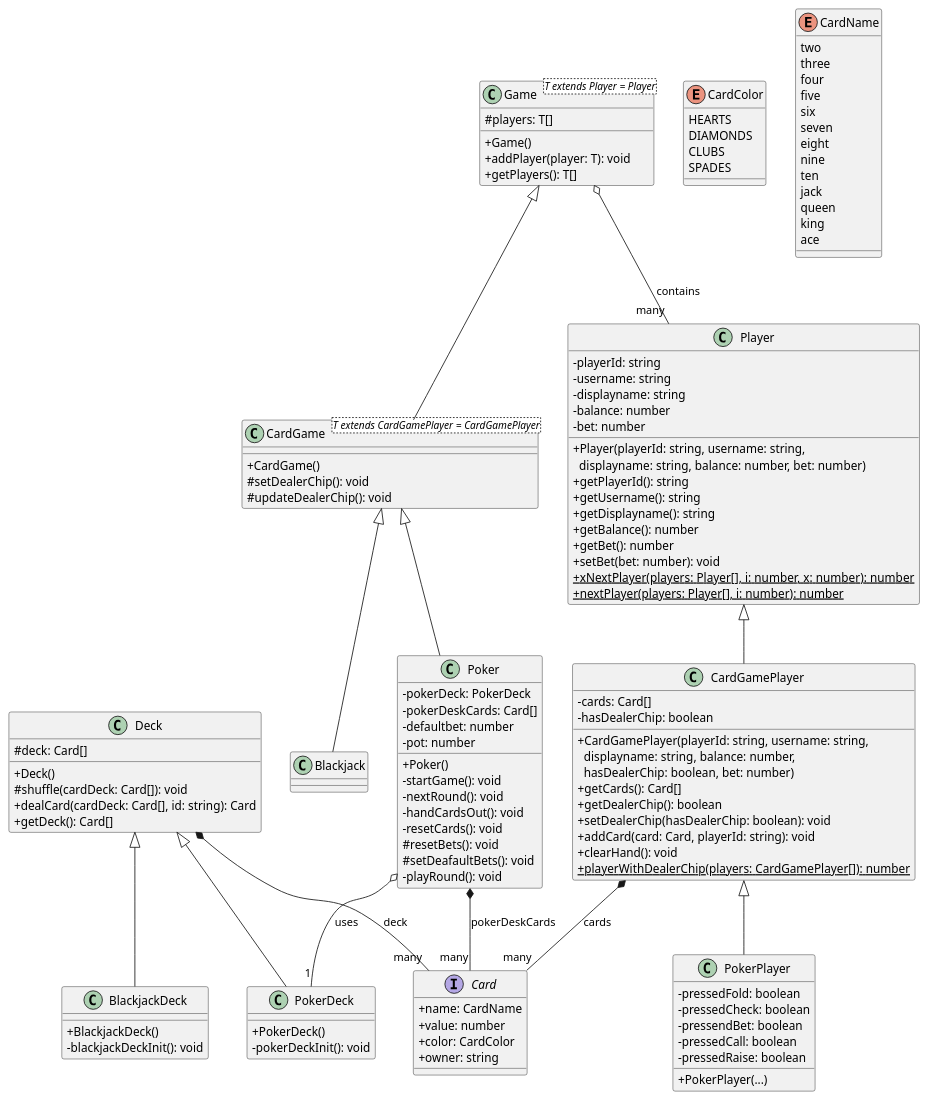
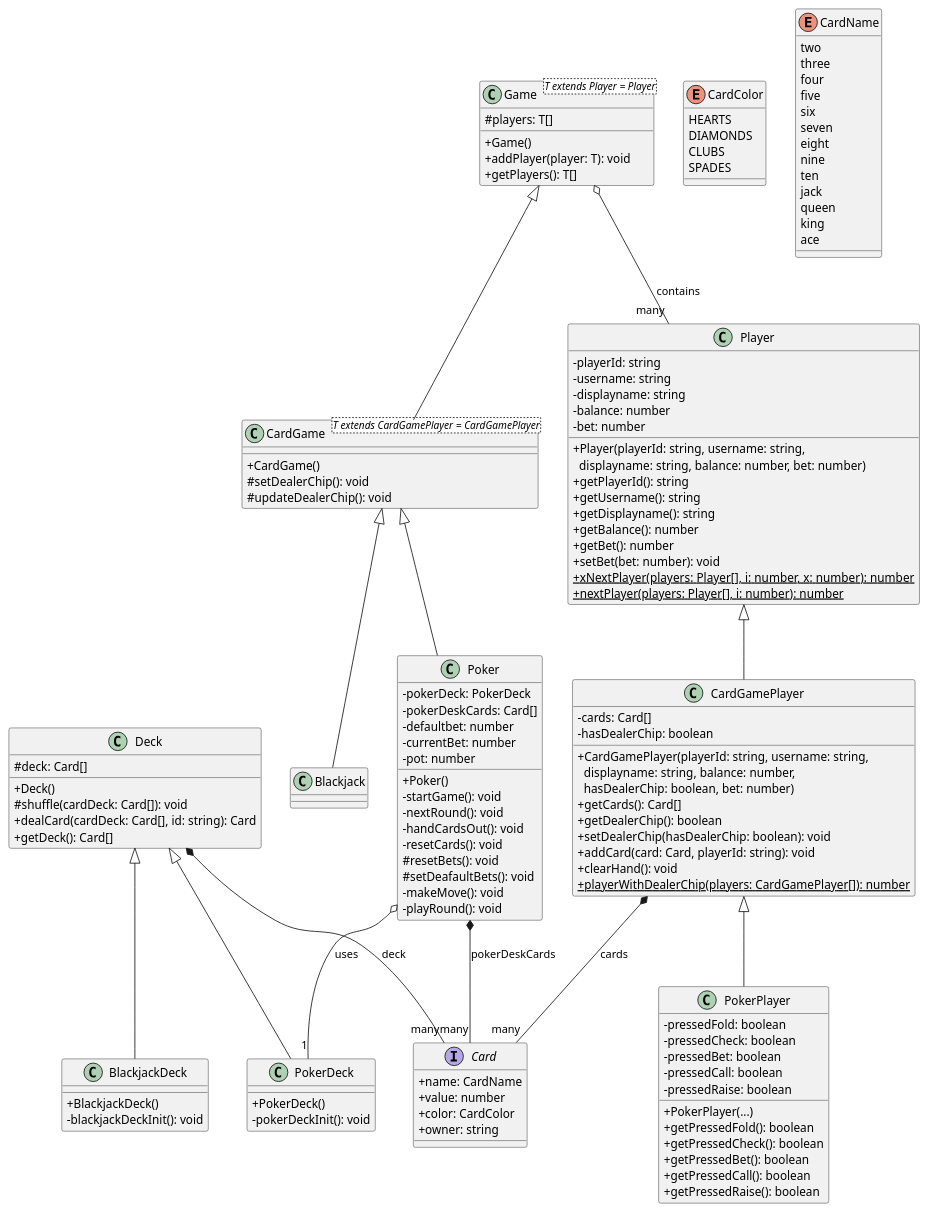
Before and after one commit to FelixZannantoni/OnlineCasino: the diagram in backend/src/gameLogic/gameLogic.puml, drawn with PlantUML. The commit also changed 6 other files, not shown here.

```diff
--- a/backend/src/gameLogic/gameLogic.puml
+++ b/backend/src/gameLogic/gameLogic.puml
@@ -1,137 +1,144 @@
 @startuml
 skinparam classAttributeIconSize 0
 
 interface Card {
   +name: CardName
   +value: number
   +color: CardColor
   +owner: string
 }
 
 enum CardColor {
   HEARTS
   DIAMONDS
   CLUBS
   SPADES
 }
 
 enum CardName {
   two
   three
   four
   five
   six
   seven
   eight
   nine
   ten
   jack
   queen
   king
   ace
 }
 
 class Game<T extends Player = Player> {
   #players: T[]
   +Game()
   +addPlayer(player: T): void
   +getPlayers(): T[]
 }
 
 class CardGame<T extends CardGamePlayer = CardGamePlayer> {
   +CardGame()
   #setDealerChip(): void
   #updateDealerChip(): void
 }
 
 class Poker {
   -pokerDeck: PokerDeck
   -pokerDeskCards: Card[]
   -defaultbet: number
+  -currentBet: number
   -pot: number
   +Poker()
   -startGame(): void
   -nextRound(): void
   -handCardsOut(): void
   -resetCards(): void
   #resetBets(): void
   #setDeafaultBets(): void
+  -makeMove(): void
   -playRound(): void
 }
 
 class Blackjack {
 }
 
 class Player {
   -playerId: string
   -username: string
   -displayname: string
   -balance: number
   -bet: number
   +Player(playerId: string, username: string, \n  displayname: string, balance: number, bet: number)
   +getPlayerId(): string
   +getUsername(): string
   +getDisplayname(): string
   +getBalance(): number
   +getBet(): number
   +setBet(bet: number): void
   {static} +xNextPlayer(players: Player[], i: number, x: number): number
   {static} +nextPlayer(players: Player[], i: number): number
 }
 
 class CardGamePlayer {
   -cards: Card[]
   -hasDealerChip: boolean
   +CardGamePlayer(playerId: string, username: string, \n  displayname: string, balance: number, \n  hasDealerChip: boolean, bet: number)
   +getCards(): Card[]
   +getDealerChip(): boolean
   +setDealerChip(hasDealerChip: boolean): void
   +addCard(card: Card, playerId: string): void
   +clearHand(): void
   {static} +playerWithDealerChip(players: CardGamePlayer[]): number
 }
 
 class PokerPlayer {
   -pressedFold: boolean
   -pressedCheck: boolean
-  -pressendBet: boolean
+  -pressedBet: boolean
   -pressedCall: boolean
   -pressedRaise: boolean
   +PokerPlayer(...)
+  +getPressedFold(): boolean
+  +getPressedCheck(): boolean
+  +getPressedBet(): boolean
+  +getPressedCall(): boolean
+  +getPressedRaise(): boolean
 }
 
 class Deck {
   #deck: Card[]
   +Deck()
   #shuffle(cardDeck: Card[]): void
   +dealCard(cardDeck: Card[], id: string): Card
   +getDeck(): Card[]
 }
 
 class BlackjackDeck {
   +BlackjackDeck()
   -blackjackDeckInit(): void
 }
 
 class PokerDeck {
   +PokerDeck()
   -pokerDeckInit(): void
 }
 
 ' Inheritance
 Game <|-- CardGame
 CardGame <|-- Poker
 CardGame <|-- Blackjack
 Deck <|-- BlackjackDeck
 Deck <|-- PokerDeck
 Player <|-- CardGamePlayer
 CardGamePlayer <|-- PokerPlayer
 
 ' Associations
 Game o-- "many" Player : contains
 Poker *-- "many" Card : pokerDeskCards
 CardGamePlayer *-- "many" Card : cards
 Deck *-- "many" Card : deck
 Poker o-- "1" PokerDeck : uses
 
 @enduml
```
